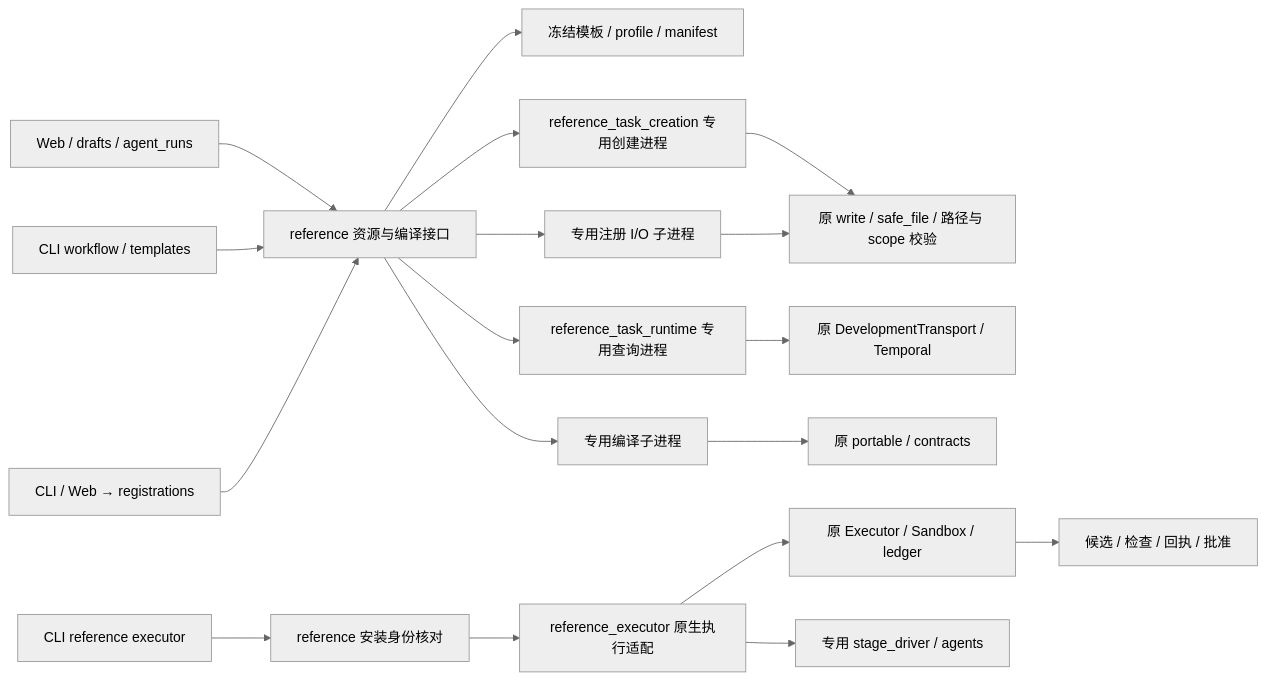
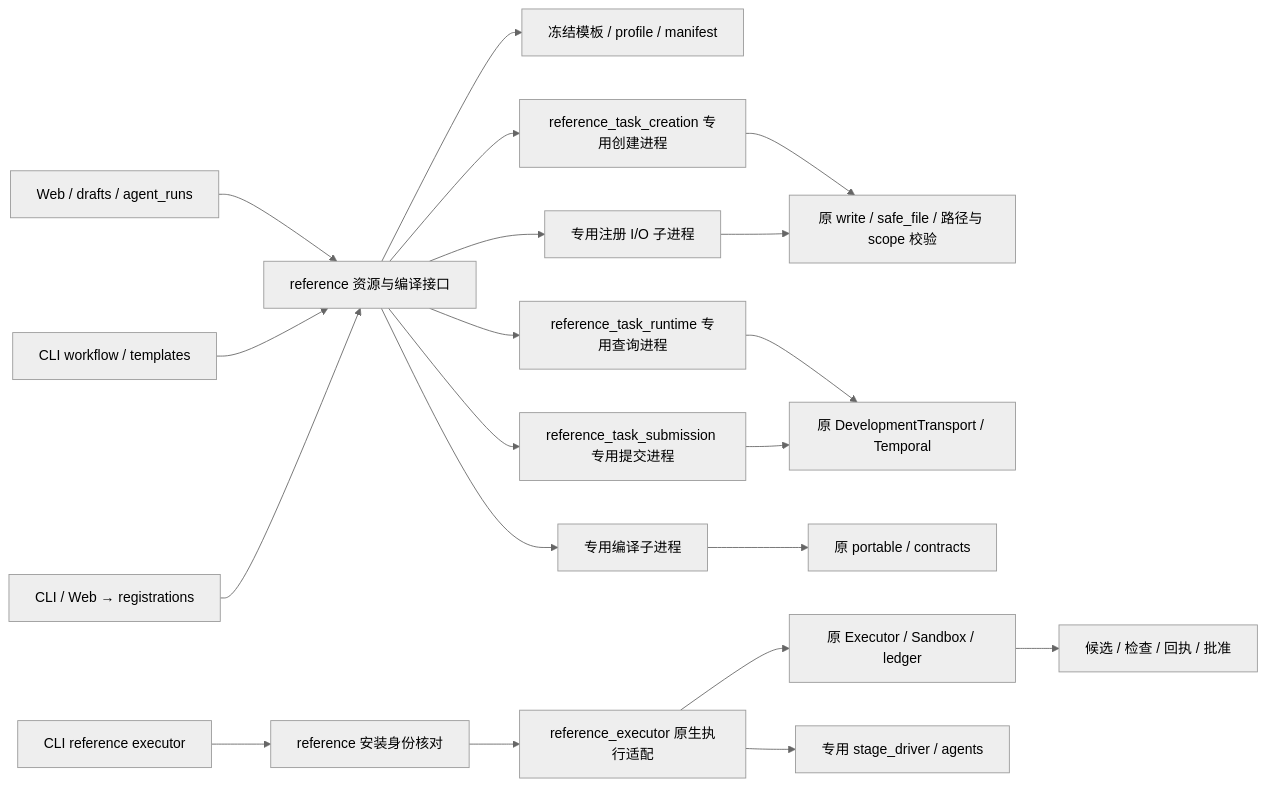
One commit to 626619403/Ergora changed the diagram in docs/architecture/reference-boundary.md. Above: the diagram before and after it, drawn with Mermaid (neutral theme). The commit also changed other lines of this file and 23 other files, not shown here.

````diff
--- a/docs/architecture/reference-boundary.md
+++ b/docs/architecture/reference-boundary.md
@@ -7,20 +7,22 @@
 ```mermaid
 flowchart LR
   Web[Web / drafts / agent_runs] --> Ref[reference 资源与编译接口]
   CLI[CLI workflow / templates] --> Ref
   Registration[CLI / Web → registrations] --> Ref
   Ref --> Resources[冻结模板 / profile / manifest]
   Ref --> Creation[reference_task_creation 专用创建进程]
   Creation --> Files
   Ref --> RuntimeQuery[reference_task_runtime 专用查询进程]
   RuntimeQuery --> Transport[原 DevelopmentTransport / Temporal]
+  Ref --> Submission[reference_task_submission 专用提交进程]
+  Submission --> Transport
   Ref --> Compiler[专用编译子进程]
   Compiler --> Portable[原 portable / contracts]
   Ref --> Projection[专用注册 I/O 子进程]
   Projection --> Files[原 write / safe_file / 路径与 scope 校验]
   ExecCLI[CLI reference executor] --> Identity[reference 安装身份核对]
   Identity --> Bridge[reference_executor 原生执行适配]
   Bridge --> Original[原 Executor / Sandbox / ledger]
   Bridge --> Driver[专用 stage_driver / agents]
   Original --> Evidence[候选 / 检查 / 回执 / 批准]
 ```
````
